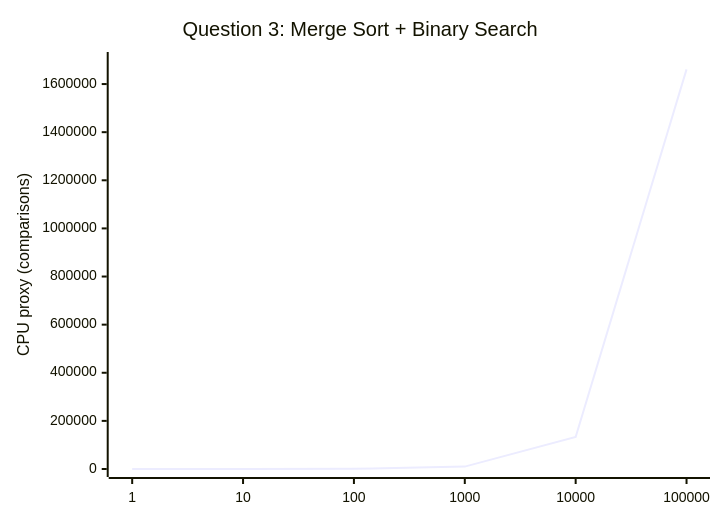
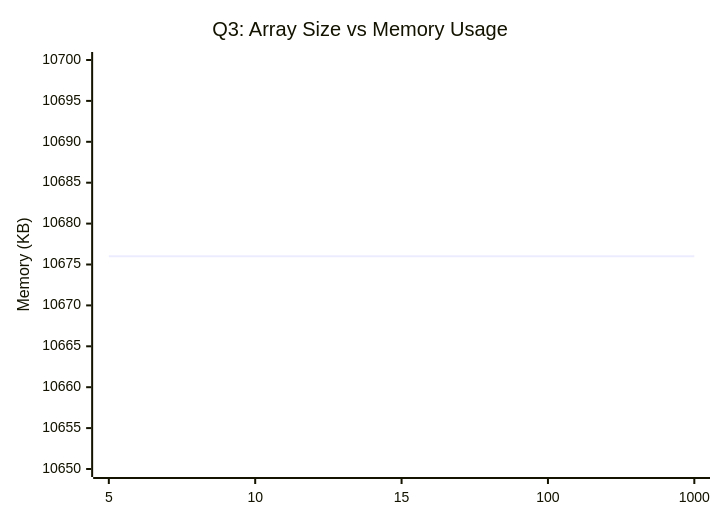
Before and after one commit to Vortex-16/DAA: the sixth of 10 diagrams in BinarySearch(Sorting)/README.md, drawn with Mermaid. The commit also changed other lines of this file, not shown here.

````diff
--- a/BinarySearch(Sorting)/README.md
+++ b/BinarySearch(Sorting)/README.md
@@ -442,7 +449,7 @@
 ```mermaid
 xychart-beta
-    title "Question 3: Merge Sort + Binary Search"
-    x-axis ["1", "10", "100", "1000", "10000", "100000"]
-    y-axis "CPU proxy (comparisons)" 0 --> 1700000
-    line [1, 38, 671, 9976, 132891, 1660981]
+    title "Q3: Array Size vs Memory Usage"
+    x-axis ["5", "10", "15", "100", "1000"]
+    y-axis "Memory (KB)" 10650 --> 10700
+    line [10676, 10676, 10676, 10676, 10676]
 ```
````
